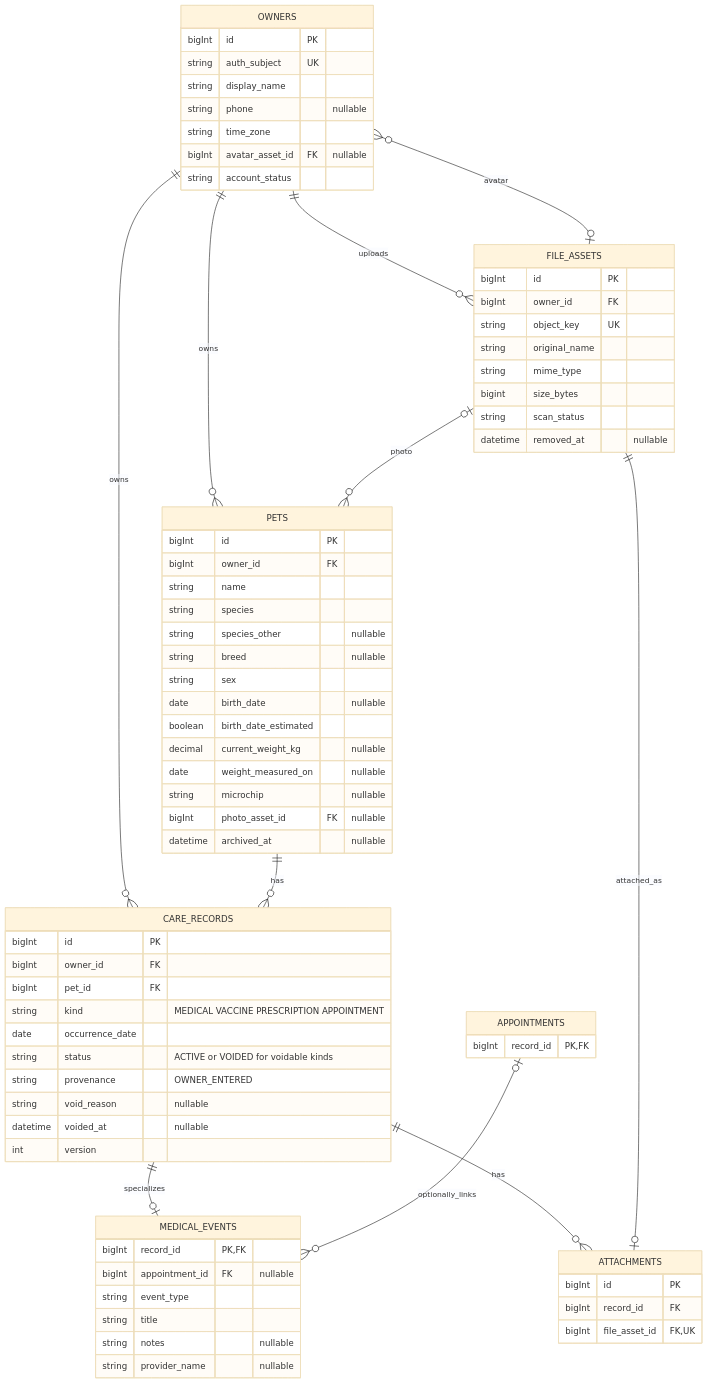
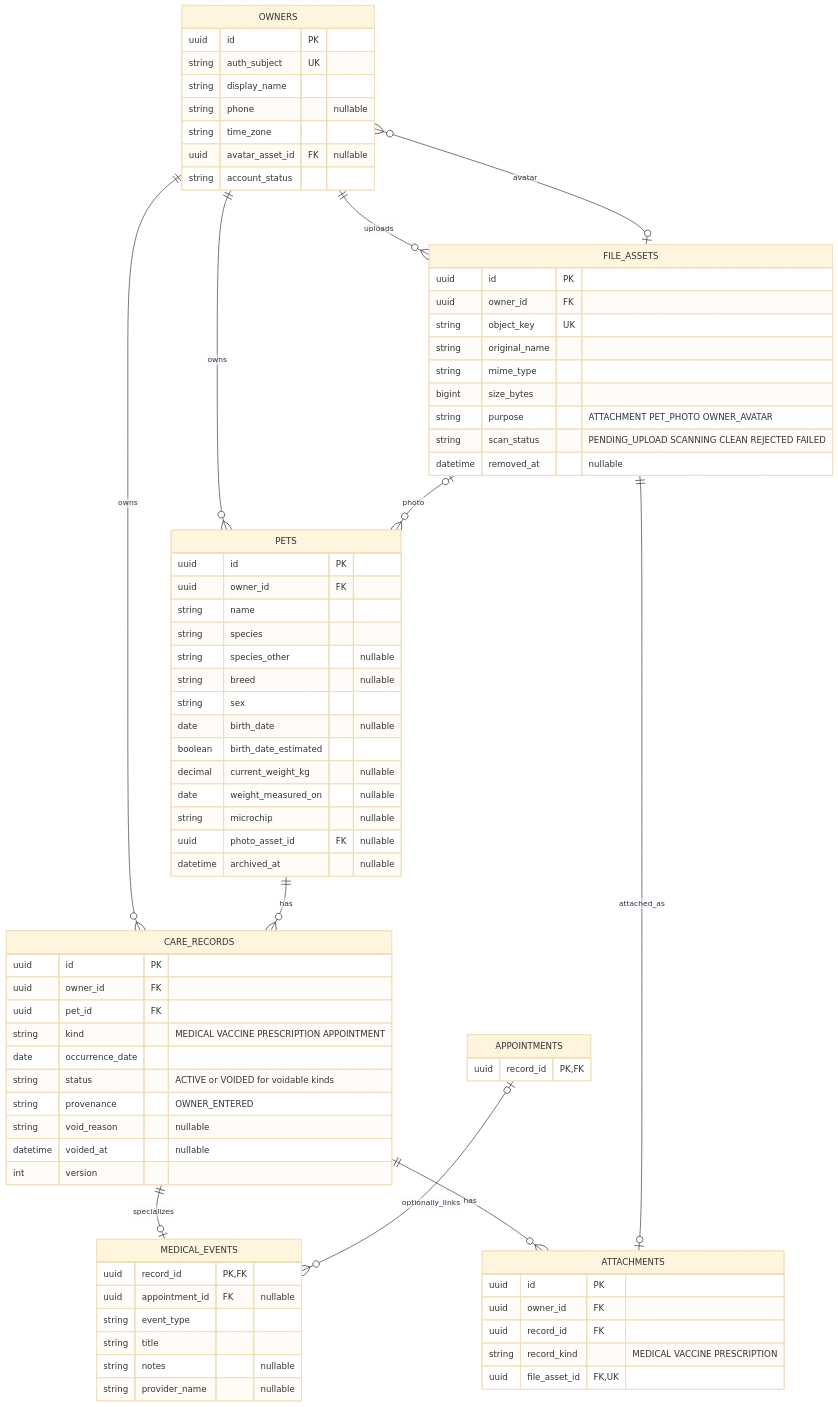
The first of 13 diagrams in docs/design/erd-and-flows.md (bernardlewiscardona/PawCare), drawn with Mermaid (base theme) before and after one commit. The commit also changed other lines of this file and 17 other files, not shown here.

First line of the commit message:
SETUP-01: Add ERD database schema and baseline migration

````diff
--- a/docs/design/erd-and-flows.md
+++ b/docs/design/erd-and-flows.md
@@ -21,77 +42,80 @@
 ```mermaid
 erDiagram
     direction TB
     OWNERS ||--o{ PETS : owns
     OWNERS ||--o{ CARE_RECORDS : owns
     PETS ||--o{ CARE_RECORDS : has
     CARE_RECORDS ||--o| MEDICAL_EVENTS : specializes
     CARE_RECORDS ||--o{ ATTACHMENTS : has
     OWNERS ||--o{ FILE_ASSETS : uploads
     FILE_ASSETS ||--o| ATTACHMENTS : attached_as
     FILE_ASSETS o|--o{ PETS : photo
     FILE_ASSETS o|--o{ OWNERS : avatar
     APPOINTMENTS o|--o{ MEDICAL_EVENTS : optionally_links
     OWNERS {
-        bigInt id PK
+        uuid id PK
         string auth_subject UK
         string display_name
         string phone "nullable"
         string time_zone
-        bigInt avatar_asset_id FK "nullable"
+        uuid avatar_asset_id FK "nullable"
         string account_status
     }
     PETS {
-        bigInt id PK
-        bigInt owner_id FK
+        uuid id PK
+        uuid owner_id FK
         string name
         string species
         string species_other "nullable"
         string breed "nullable"
         string sex
         date birth_date "nullable"
         boolean birth_date_estimated
         decimal current_weight_kg "nullable"
         date weight_measured_on "nullable"
         string microchip "nullable"
-        bigInt photo_asset_id FK "nullable"
+        uuid photo_asset_id FK "nullable"
         datetime archived_at "nullable"
     }
     CARE_RECORDS {
-        bigInt id PK
-        bigInt owner_id FK
-        bigInt pet_id FK
+        uuid id PK
+        uuid owner_id FK
+        uuid pet_id FK
         string kind "MEDICAL VACCINE PRESCRIPTION APPOINTMENT"
         date occurrence_date
         string status "ACTIVE or VOIDED for voidable kinds"
         string provenance "OWNER_ENTERED"
         string void_reason "nullable"
         datetime voided_at "nullable"
         int version
     }
     MEDICAL_EVENTS {
-        bigInt record_id PK,FK
-        bigInt appointment_id FK "nullable"
+        uuid record_id PK,FK
+        uuid appointment_id FK "nullable"
         string event_type
         string title
         string notes "nullable"
         string provider_name "nullable"
     }
     FILE_ASSETS {
-        bigInt id PK
-        bigInt owner_id FK
+        uuid id PK
+        uuid owner_id FK
         string object_key UK
         string original_name
         string mime_type
         bigint size_bytes
-        string scan_status
+        string purpose "ATTACHMENT PET_PHOTO OWNER_AVATAR"
+        string scan_status "PENDING_UPLOAD SCANNING CLEAN REJECTED FAILED"
         datetime removed_at "nullable"
     }
     ATTACHMENTS {
-        bigInt id PK
-        bigInt record_id FK
-        bigInt file_asset_id FK,UK
+        uuid id PK
+        uuid owner_id FK
+        uuid record_id FK
+        string record_kind "MEDICAL VACCINE PRESCRIPTION"
+        uuid file_asset_id FK,UK
     }
     APPOINTMENTS {
-        bigInt record_id PK,FK
+        uuid record_id PK,FK
     }
 ```
````
